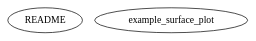
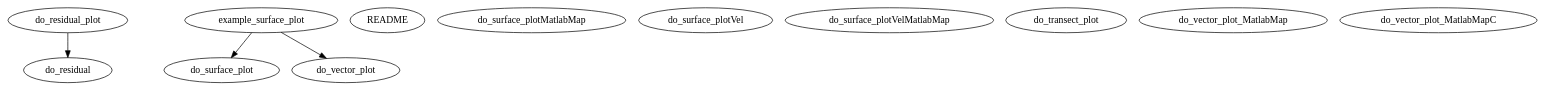
One commit to pwcazenave/fvcom-toolbox changed the diagram in doc/fvcom_postproc/graph.dot. Above: the diagram before and after it, drawn with Graphviz. The commit also changed 253 other files, not shown here.

```diff
--- a/doc/fvcom_postproc/graph.dot
+++ b/doc/fvcom_postproc/graph.dot
@@ -1,6 +1,19 @@
 /* Created by mdot for Matlab */
 digraph m2html {
+  do_residual_plot -> do_residual;
+  example_surface_plot -> do_surface_plot;
+  example_surface_plot -> do_vector_plot;
 
   README [URL="README.html"];
+  do_residual [URL="do_residual.html"];
+  do_residual_plot [URL="do_residual_plot.html"];
+  do_surface_plot [URL="do_surface_plot.html"];
+  do_surface_plotMatlabMap [URL="do_surface_plotMatlabMap.html"];
+  do_surface_plotVel [URL="do_surface_plotVel.html"];
+  do_surface_plotVelMatlabMap [URL="do_surface_plotVelMatlabMap.html"];
+  do_transect_plot [URL="do_transect_plot.html"];
+  do_vector_plot [URL="do_vector_plot.html"];
+  do_vector_plot_MatlabMap [URL="do_vector_plot_MatlabMap.html"];
+  do_vector_plot_MatlabMapC [URL="do_vector_plot_MatlabMapC.html"];
   example_surface_plot [URL="example_surface_plot.html"];
 }
```
